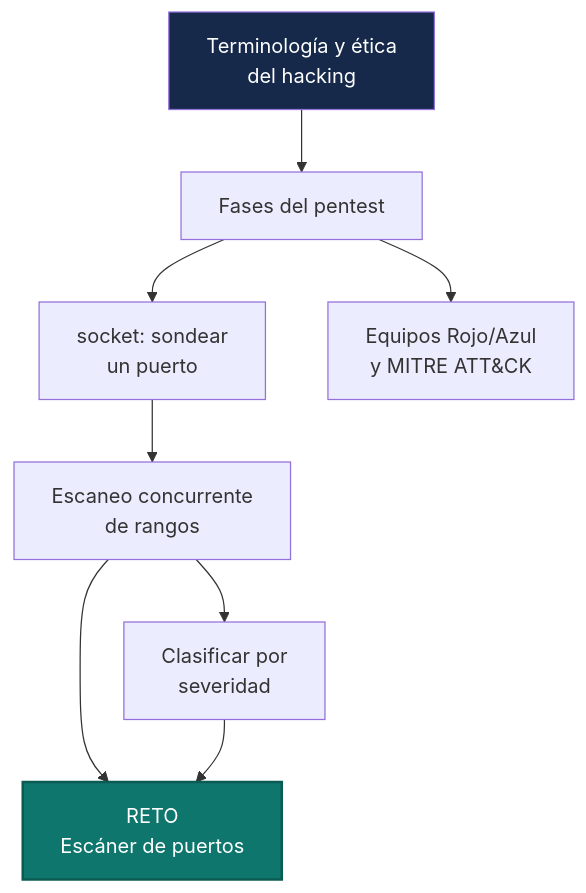
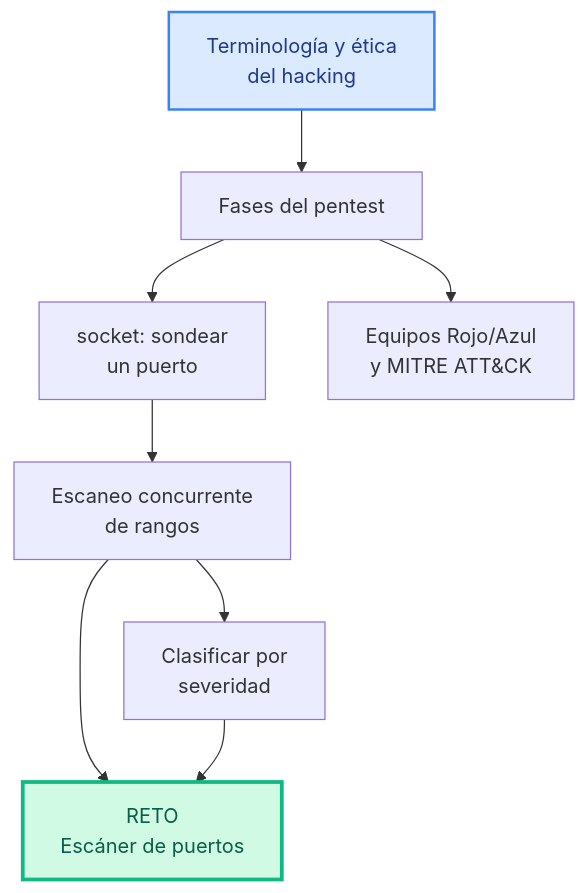
The first of 5 diagrams in docs/ud5/index.md (campusdevfp/cybersec2627), drawn with Mermaid before and after one commit. The commit also changed 5 other files, not shown here.

````diff
--- a/docs/ud5/index.md
+++ b/docs/ud5/index.md
@@ -13,12 +13,12 @@
 ```mermaid
 flowchart TB
     A["Terminología y ética<br/>del hacking"] --> B["Fases del pentest"]
     B --> C["socket: sondear<br/>un puerto"]
     C --> D["Escaneo concurrente<br/>de rangos"]
     D --> E["Clasificar por<br/>severidad"]
     B --> F["Equipos Rojo/Azul<br/>y MITRE ATT&CK"]
     D --> P["RETO<br/>Escáner de puertos"]
     E --> P
-    style P fill:#0f766e,color:#fff,stroke:#0a5c52,stroke-width:2px
-    style A fill:#16294a,color:#fff
+    style P fill:#d1fae5,color:#065f46,stroke:#10b981,stroke-width:3px
+    style A fill:#dbeafe,color:#1e3a8a,stroke:#3b82f6,stroke-width:2px
 ```
````
